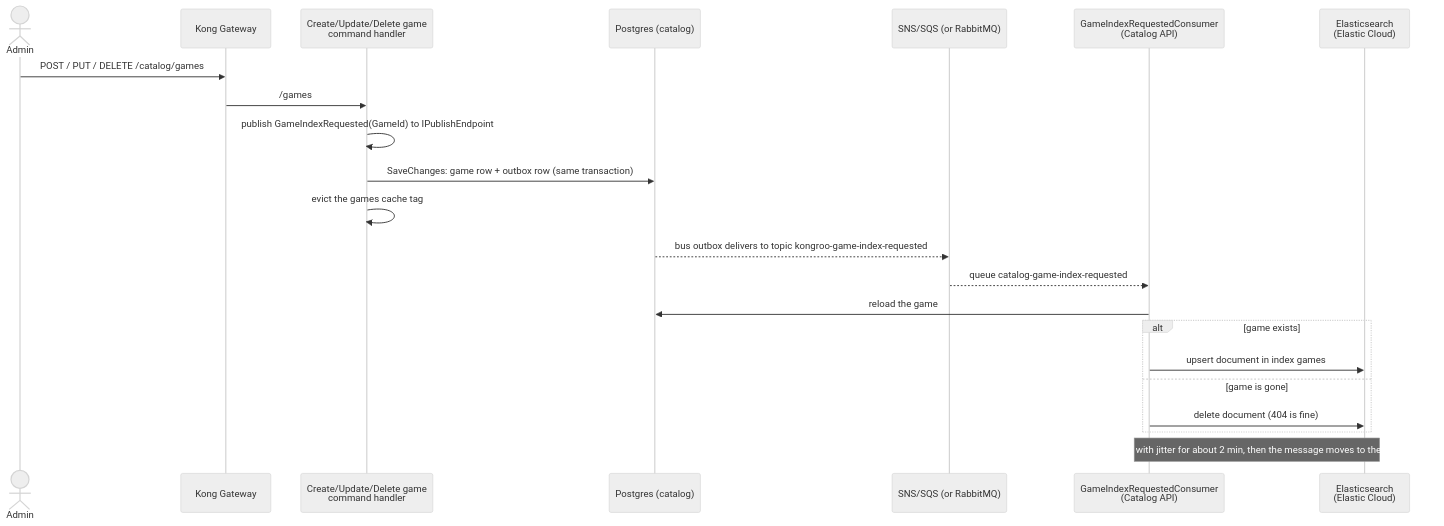
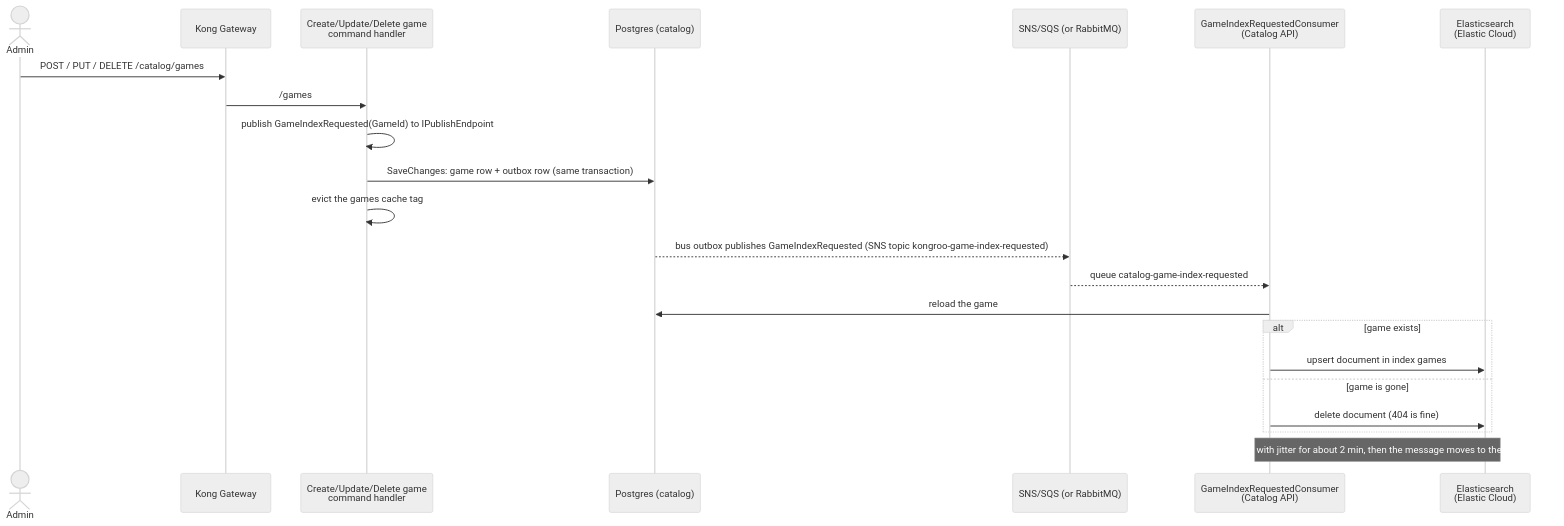
Before and after one commit to almeidajr/Kongroo.Orchestration: the eighth of 11 diagrams in ARCHITECTURE.md, drawn with Mermaid (neutral theme). The commit also changed other lines of this file, not shown here.

Commit message:
docs: fix ARCHITECTURE queue names and review findings

````diff
--- a/ARCHITECTURE.md
+++ b/ARCHITECTURE.md
@@ -396,25 +393,25 @@
 ```mermaid
 sequenceDiagram
     actor Admin
     participant Kong as Kong Gateway
     participant Handler as Create/Update/Delete game<br/>command handler
     participant DB as Postgres (catalog)
     participant Bus as SNS/SQS (or RabbitMQ)
     participant Consumer as GameIndexRequestedConsumer<br/>(Catalog API)
     participant ES as Elasticsearch<br/>(Elastic Cloud)
 
     Admin->>Kong: POST / PUT / DELETE /catalog/games
     Kong->>Handler: /games
     Handler->>Handler: publish GameIndexRequested(GameId) to IPublishEndpoint
     Handler->>DB: SaveChanges: game row + outbox row (same transaction)
     Handler->>Handler: evict the games cache tag
-    DB-->>Bus: bus outbox delivers to topic kongroo-game-index-requested
+    DB-->>Bus: bus outbox publishes GameIndexRequested (SNS topic kongroo-game-index-requested)
     Bus-->>Consumer: queue catalog-game-index-requested
     Consumer->>DB: reload the game
     alt game exists
         Consumer->>ES: upsert document in index games
     else game is gone
         Consumer->>ES: delete document (404 is fine)
     end
     Note over Consumer,ES: Polly backoff with jitter for about 2 min, then the message moves to the _error queue
 ```
````
